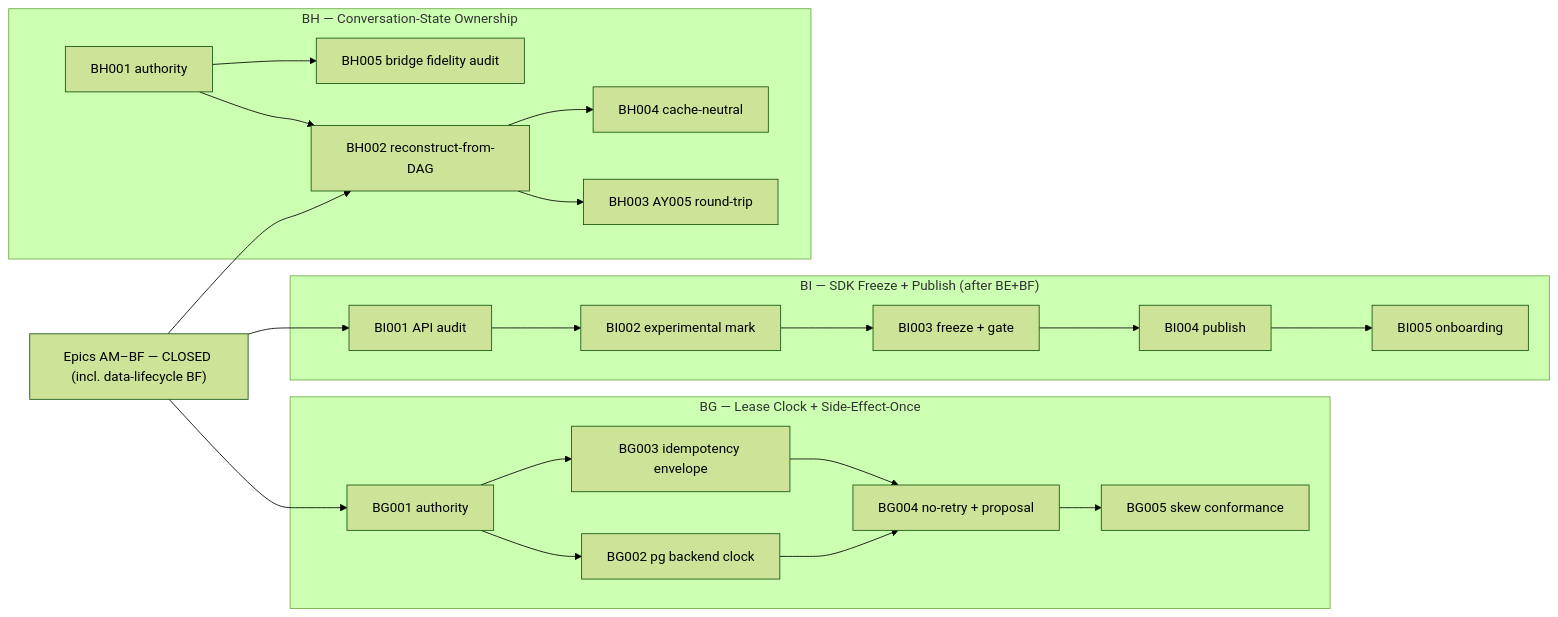
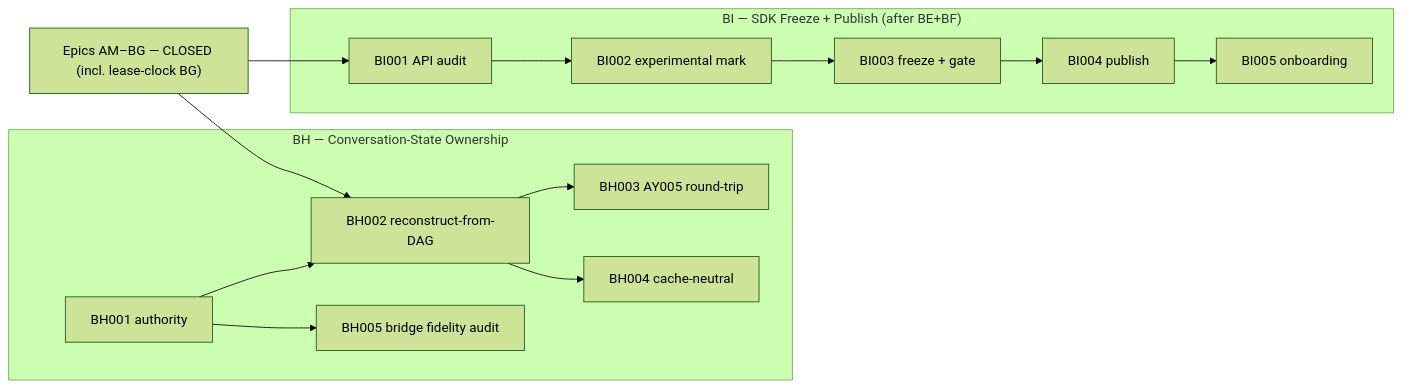
Before and after one commit to Tuvren/framework: the diagram in .constitution/tasks/critical-path.md, drawn with Mermaid (forest theme). The commit also changed other lines of this file and 54 other files, not shown here.

First line of the commit message:
feat(EPIC-BG): backend-authoritative lease clock + side-effect-once (ADR-050/052) (#85)

````diff
--- a/.constitution/tasks/critical-path.md
+++ b/.constitution/tasks/critical-path.md
@@ -91,27 +91,18 @@
 ```mermaid
 flowchart LR
-  priorClosed["Epics AM–BF — CLOSED (incl. data-lifecycle BF)"]
-
-  subgraph BG["BG — Lease Clock + Side-Effect-Once"]
-    BG1["BG001 authority"] --> BG2["BG002 pg backend clock"]
-    BG1 --> BG3["BG003 idempotency envelope"]
-    BG2 --> BG4["BG004 no-retry + proposal"]
-    BG3 --> BG4
-    BG4 --> BG5["BG005 skew conformance"]
-  end
+  priorClosed["Epics AM–BG — CLOSED (incl. lease-clock BG)"]
 
   subgraph BH["BH — Conversation-State Ownership"]
     BH1["BH001 authority"] --> BH2["BH002 reconstruct-from-DAG"]
     BH2 --> BH3["BH003 AY005 round-trip"]
     BH2 --> BH4["BH004 cache-neutral"]
     BH1 --> BH5["BH005 bridge fidelity audit"]
   end
 
   subgraph BI["BI — SDK Freeze + Publish (after BE+BF)"]
     BI1["BI001 API audit"] --> BI2["BI002 experimental mark"] --> BI3["BI003 freeze + gate"] --> BI4["BI004 publish"] --> BI5["BI005 onboarding"]
   end
 
-  priorClosed --> BG1
   priorClosed --> BH2
   priorClosed --> BI1
 ```
````
